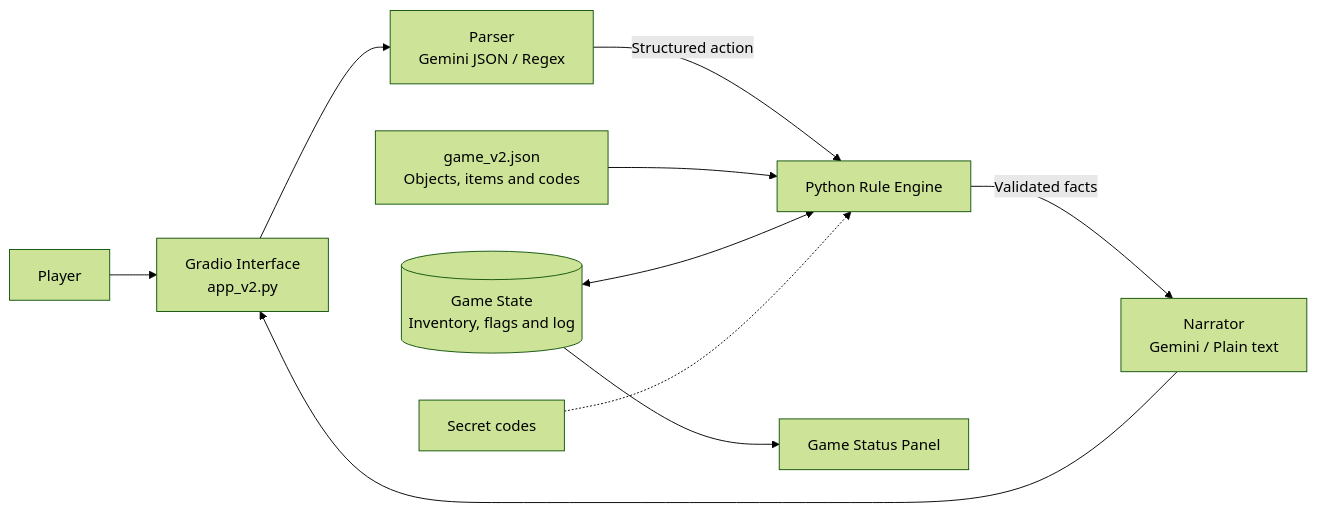
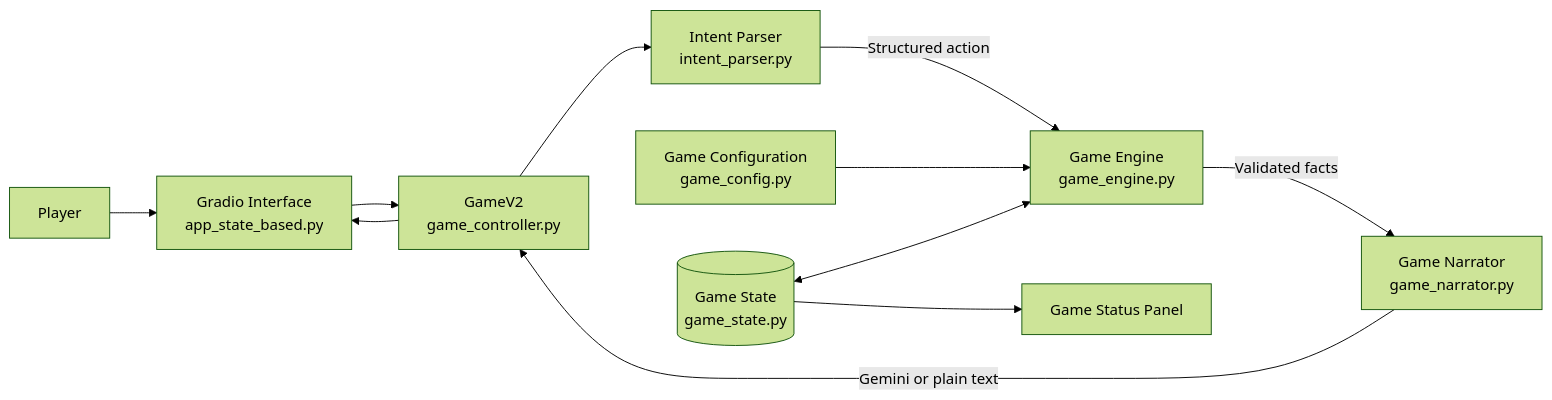
The second of 2 diagrams in README.md (Pranavphadtare-UE/Deep_learning_gemini_escape), drawn with Mermaid (forest theme) before and after one commit. The commit also changed other lines of this file, not shown here.

````diff
--- a/README.md
+++ b/README.md
@@ -96,12 +93,13 @@
 ```mermaid
 flowchart LR
-    P[Player] --> UI[Gradio Interface<br/>app_v2.py]
-    UI --> PARSER[Parser<br/>Gemini JSON / Regex]
-    PARSER -->|Structured action| ENGINE[Python Rule Engine]
-    CONFIG[game_v2.json<br/>Objects, items and codes] --> ENGINE
-    STATE[(Game State<br/>Inventory, flags and log)] <--> ENGINE
-    ENGINE -->|Validated facts| NARRATOR[Narrator<br/>Gemini / Plain text]
-    NARRATOR --> UI
+    P[Player] --> UI[Gradio Interface<br/>app_state_based.py]
+    UI --> CTRL[GameV2<br/>game_controller.py]
+    CTRL --> PARSER[Intent Parser<br/>intent_parser.py]
+    PARSER -->|Structured action| ENGINE[Game Engine<br/>game_engine.py]
+    CONFIG[Game Configuration<br/>game_config.py] --> ENGINE
+    STATE[(Game State<br/>game_state.py)] <--> ENGINE
+    ENGINE -->|Validated facts| NARRATOR[Game Narrator<br/>game_narrator.py]
+    NARRATOR -->|Gemini or plain text| CTRL
+    CTRL --> UI
     STATE --> PANEL[Game Status Panel]
-    SECRETS[Secret codes] -.-> ENGINE
 ```
````
